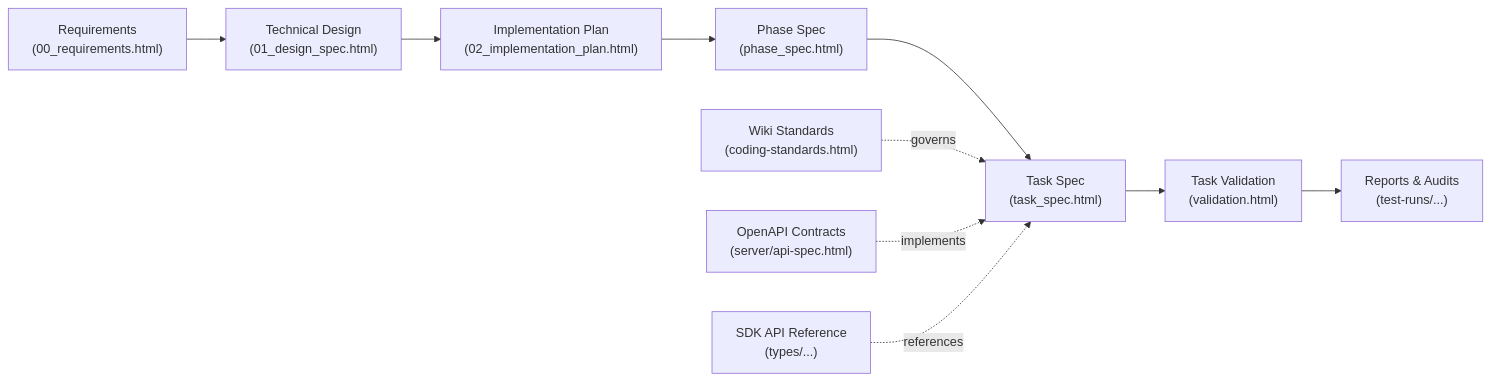
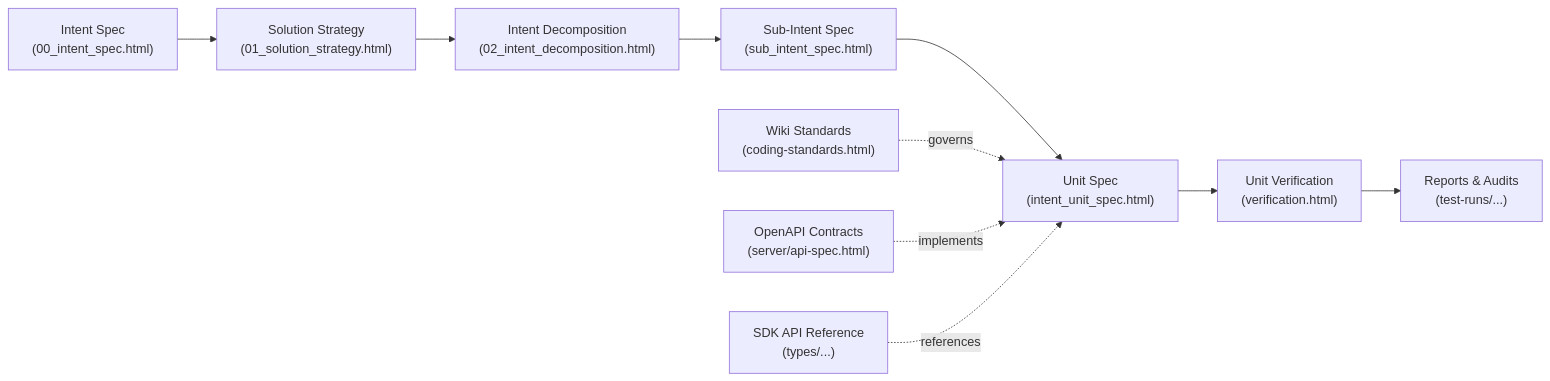
The second of 2 diagrams in build-docs/docs/README.md (Equitable-Innovations/tosh), drawn with Mermaid before and after one commit. The commit also changed other lines of this file and 61 other files, not shown here.

````diff
--- a/build-docs/docs/README.md
+++ b/build-docs/docs/README.md
@@ -333,13 +353,13 @@
 ```mermaid
 graph LR
-    REQ["Requirements<br/>(00_requirements.html)"] --> DESIGN["Technical Design<br/>(01_design_spec.html)"]
-    DESIGN --> PLAN["Implementation Plan<br/>(02_implementation_plan.html)"]
-    PLAN --> PHASE["Phase Spec<br/>(phase_spec.html)"]
-    PHASE --> TASK["Task Spec<br/>(task_spec.html)"]
-    TASK --> VAL["Task Validation<br/>(validation.html)"]
+    REQ["Intent Spec<br/>(00_intent_spec.html)"] --> DESIGN["Solution Strategy<br/>(01_solution_strategy.html)"]
+    DESIGN --> PLAN["Intent Decomposition<br/>(02_intent_decomposition.html)"]
+    PLAN --> PHASE["Sub-Intent Spec<br/>(sub_intent_spec.html)"]
+    PHASE --> TASK["Unit Spec<br/>(intent_unit_spec.html)"]
+    TASK --> VAL["Unit Verification<br/>(verification.html)"]
     VAL --> REP["Reports & Audits<br/>(test-runs/...)"]
 
     WIKI["Wiki Standards<br/>(coding-standards.html)"] -.->|governs| TASK
     OAS["OpenAPI Contracts<br/>(server/api-spec.html)"] -.->|implements| TASK
     API["SDK API Reference<br/>(types/...)"] -.->|references| TASK
 ```
````
